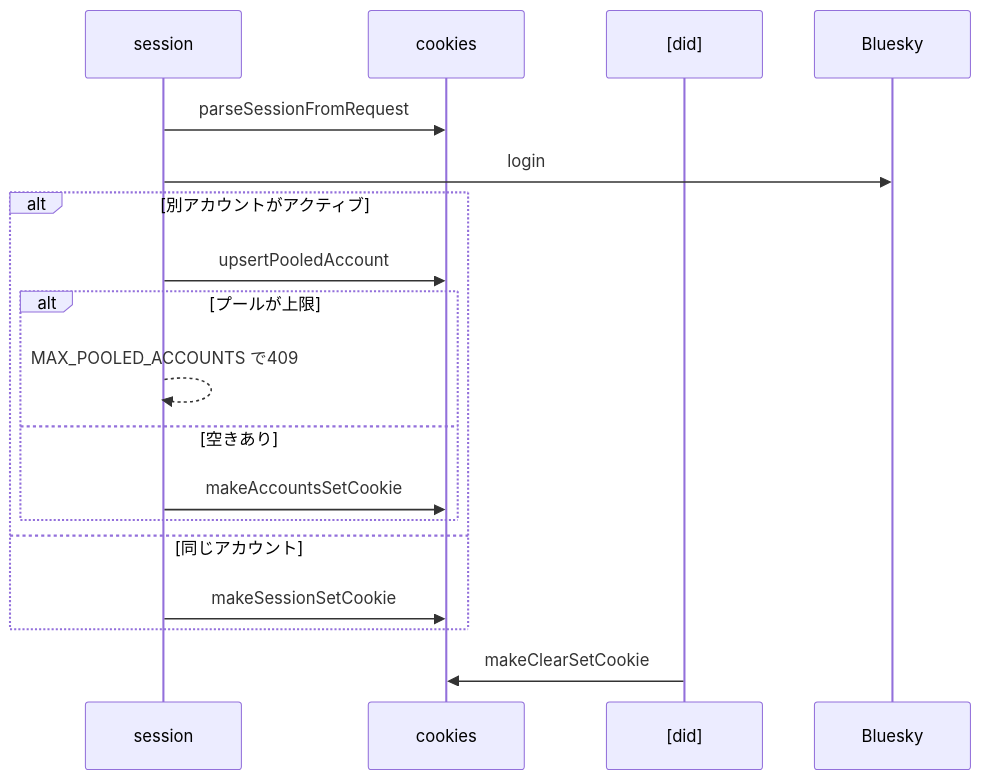
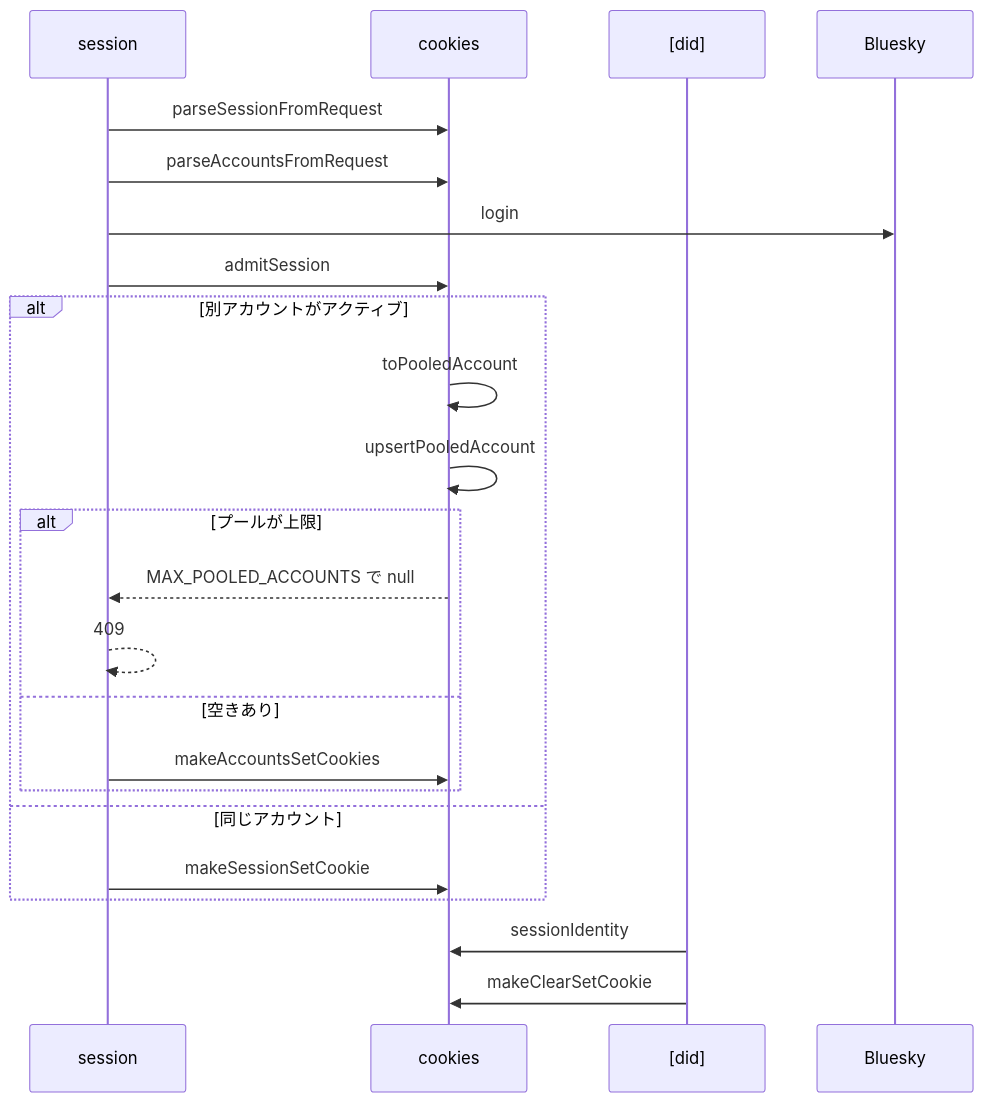
The second of 3 diagrams in specs/account-session/design.md (nekono-dev/skyshare), drawn with Mermaid before and after one commit. The commit also changed other lines of this file and 19 other files, not shown here.

````diff
--- a/specs/account-session/design.md
+++ b/specs/account-session/design.md
@@ -35,20 +40,25 @@
 ```mermaid
 sequenceDiagram
   participant session
   participant cookies
   participant did as [did]
   participant ext_bsky as Bluesky
   session->>cookies: parseSessionFromRequest
+  session->>cookies: parseAccountsFromRequest
   session->>ext_bsky: login
+  session->>cookies: admitSession
   alt 別アカウントがアクティブ
-    session->>cookies: upsertPooledAccount
+    cookies->>cookies: toPooledAccount
+    cookies->>cookies: upsertPooledAccount
     alt プールが上限
-      session-->>session: MAX_POOLED_ACCOUNTS で409
+      cookies-->>session: MAX_POOLED_ACCOUNTS で null
+      session-->>session: 409
     else 空きあり
-      session->>cookies: makeAccountsSetCookie
+      session->>cookies: makeAccountsSetCookies
     end
   else 同じアカウント
     session->>cookies: makeSessionSetCookie
   end
+  did->>cookies: sessionIdentity
   did->>cookies: makeClearSetCookie
 ```
````
